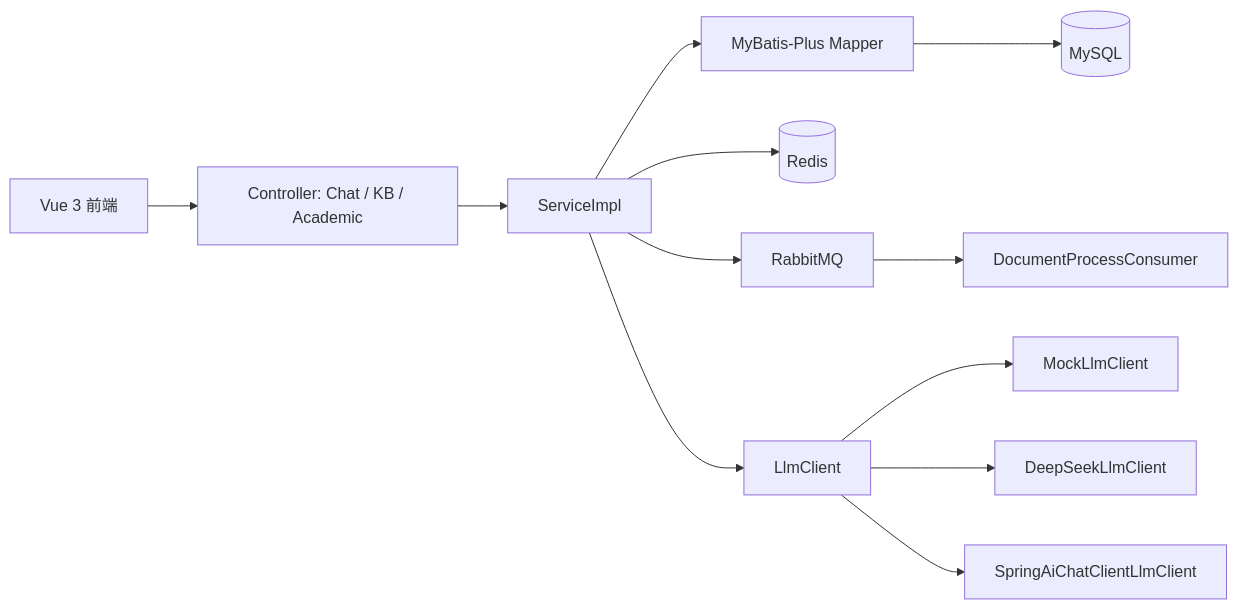
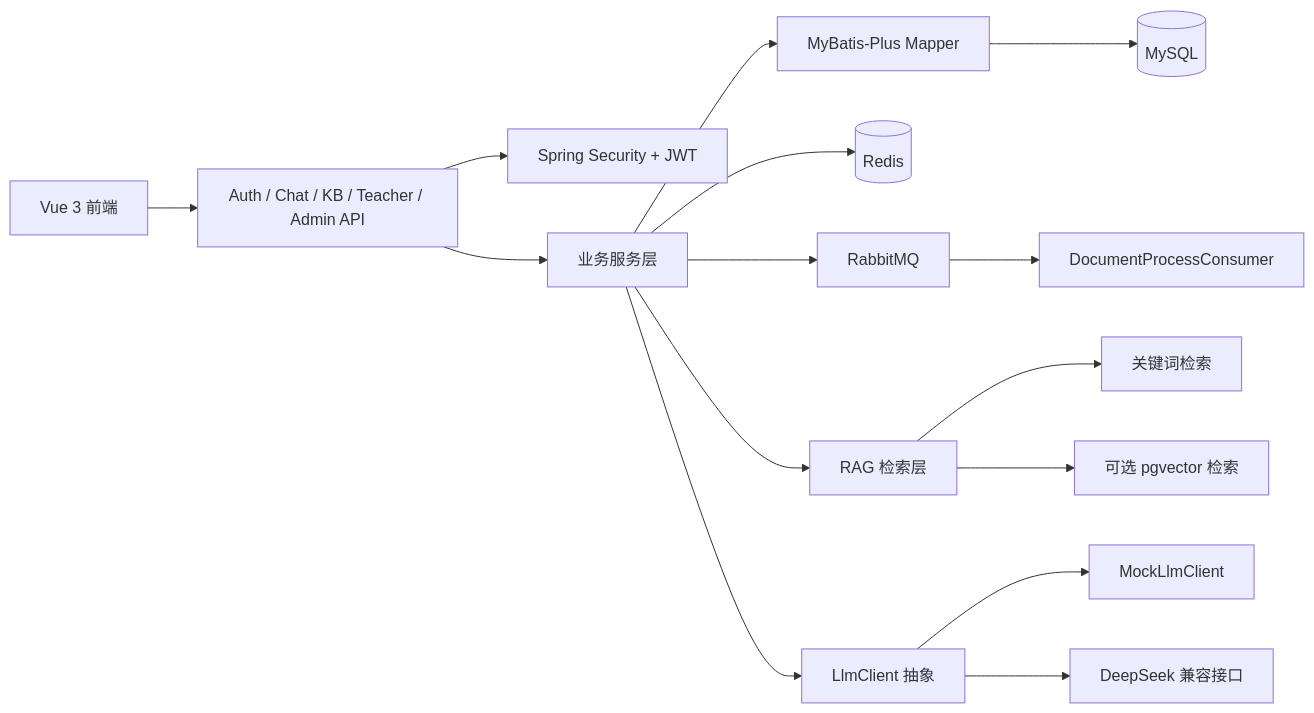
Before and after one commit to SodaWWater/campus-ai-assistant: the diagram in docs/architecture.md, drawn with Mermaid. The commit also changed other lines of this file and 20 other files, not shown here.

````diff
--- a/docs/architecture.md
+++ b/docs/architecture.md
@@ -3,14 +7,17 @@
 ```mermaid
 flowchart LR
-  Front["Vue 3 前端"] --> Controller["Controller: Chat / KB / Academic"]
-  Controller --> Service["ServiceImpl"]
-  Service --> Mapper["MyBatis-Plus Mapper"]
-  Mapper --> DB[(MySQL)]
+  Vue["Vue 3 前端"] --> AuthApi["Auth / Chat / KB / Teacher / Admin API"]
+  AuthApi --> Security["Spring Security + JWT"]
+  AuthApi --> Service["业务服务层"]
+  Service --> MyBatis["MyBatis-Plus Mapper"]
+  MyBatis --> MySQL[(MySQL)]
   Service --> Redis[(Redis)]
   Service --> MQ["RabbitMQ"]
   MQ --> Consumer["DocumentProcessConsumer"]
-  Service --> LLM["LlmClient"]
+  Service --> Rag["RAG 检索层"]
+  Rag --> Keyword["关键词检索"]
+  Rag --> PgVector["可选 pgvector 检索"]
+  Service --> LLM["LlmClient 抽象"]
   LLM --> Mock["MockLlmClient"]
-  LLM --> DeepSeek["DeepSeekLlmClient"]
-  LLM --> SpringAI["SpringAiChatClientLlmClient"]
+  LLM --> DeepSeek["DeepSeek 兼容接口"]
 ```
````
